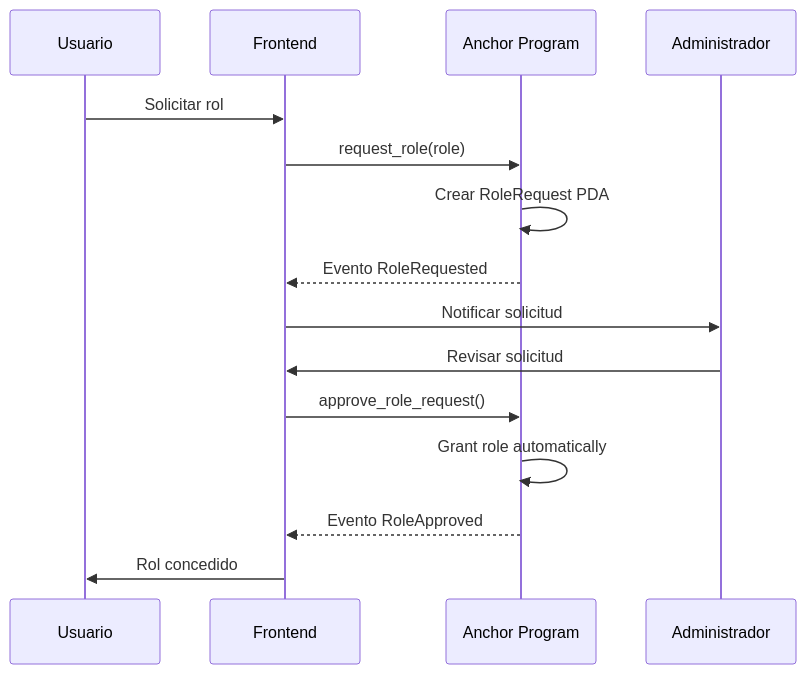
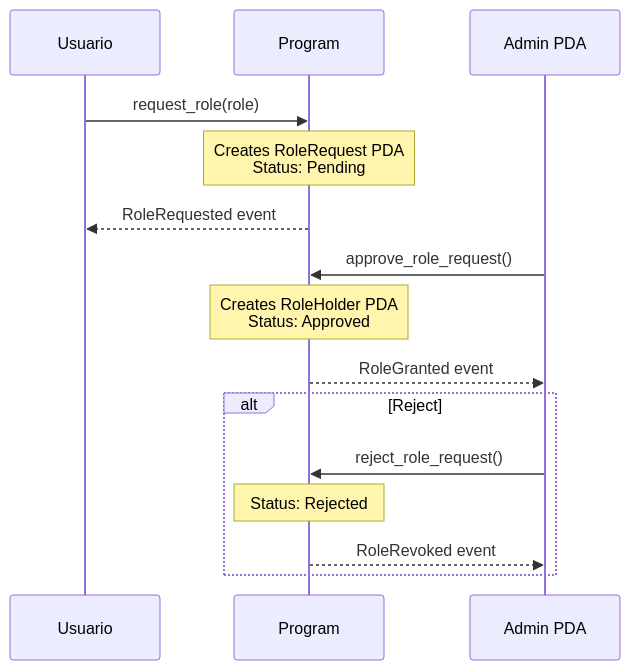
One commit to 87maxi/SupplyChainTracker-solana- changed the third of 18 diagrams in README.md. Above: the diagram before and after it, drawn with Mermaid. The commit also changed other lines of this file and 17 other files, not shown here.

First line of the commit message:
docs: comprehensive README with Mermaid diagrams, clean git from temporary files, update .gitignore

````diff
--- a/README.md
+++ b/README.md
@@ -216,20 +96,20 @@
 ```mermaid
 sequenceDiagram
-    participant User as Usuario
-    participant Frontend as Frontend
-    participant Program as Anchor Program
-    participant Admin as Administrador
+    participant U as Usuario
+    participant P as Program
+    participant A as Admin PDA
 
-    User->>Frontend: Solicitar rol
-    Frontend->>Program: request_role(role)
-    Program->>Program: Crear RoleRequest PDA
-    Program-->>Frontend: Evento RoleRequested
+    U->>P: request_role(role)
+    Note over P: Creates RoleRequest PDA<br/>Status: Pending
+    P-->>U: RoleRequested event
 
-    Frontend->>Admin: Notificar solicitud
-    Admin->>Frontend: Revisar solicitud
-    Frontend->>Program: approve_role_request()
-    Program->>Program: Grant role automatically
-    Program-->>Frontend: Evento RoleApproved
+    A->>P: approve_role_request()
+    Note over P: Creates RoleHolder PDA<br/>Status: Approved
+    P-->>A: RoleGranted event
 
-    Frontend->>User: Rol concedido
+    alt Reject
+        A->>P: reject_role_request()
+        Note over P: Status: Rejected
+        P-->>A: RoleRevoked event
+    end
 ```
````
